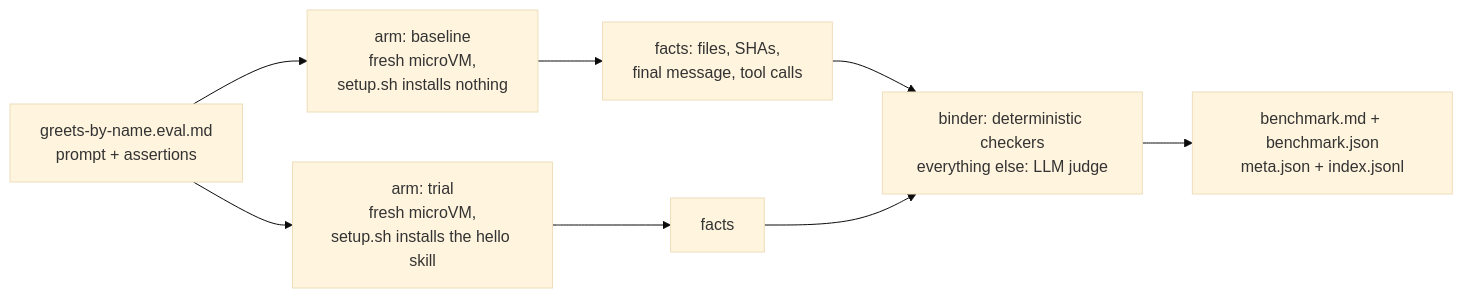
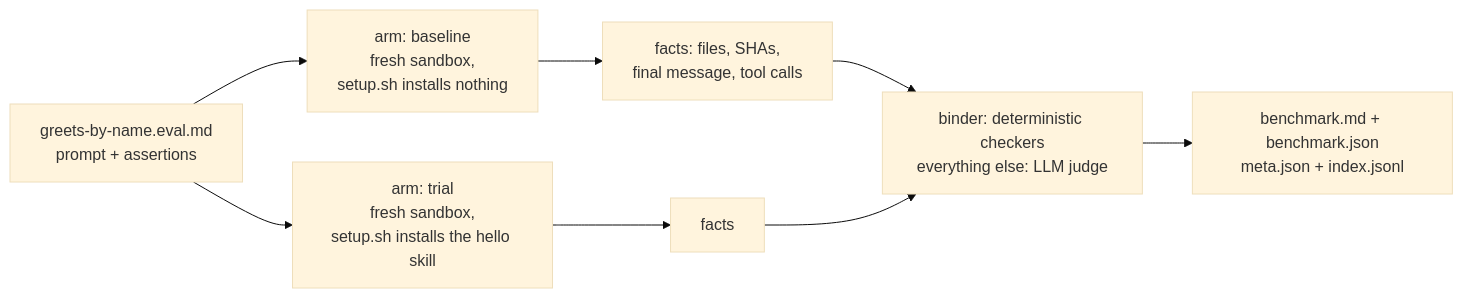
The diagram in README.md (theycallmeswift/benchspec), drawn with Mermaid (base theme) before and after one commit. The commit also changed other lines of this file and 5 other files, not shown here.

````diff
--- a/README.md
+++ b/README.md
@@ -104,10 +104,10 @@
 ```mermaid
 flowchart LR
-    E["greets-by-name.eval.md<br/>prompt + assertions"] --> A1["arm: baseline<br/>fresh microVM,<br/>setup.sh installs nothing"]
-    E --> A2["arm: trial<br/>fresh microVM,<br/>setup.sh installs the hello skill"]
+    E["greets-by-name.eval.md<br/>prompt + assertions"] --> A1["arm: baseline<br/>fresh sandbox,<br/>setup.sh installs nothing"]
+    E --> A2["arm: trial<br/>fresh sandbox,<br/>setup.sh installs the hello skill"]
     A1 --> F1["facts: files, SHAs,<br/>final message, tool calls"]
     A2 --> F2["facts"]
     F1 --> G["binder: deterministic checkers<br/>everything else: LLM judge"]
     F2 --> G
     G --> R["benchmark.md + benchmark.json<br/>meta.json + index.jsonl"]
 ```
````
